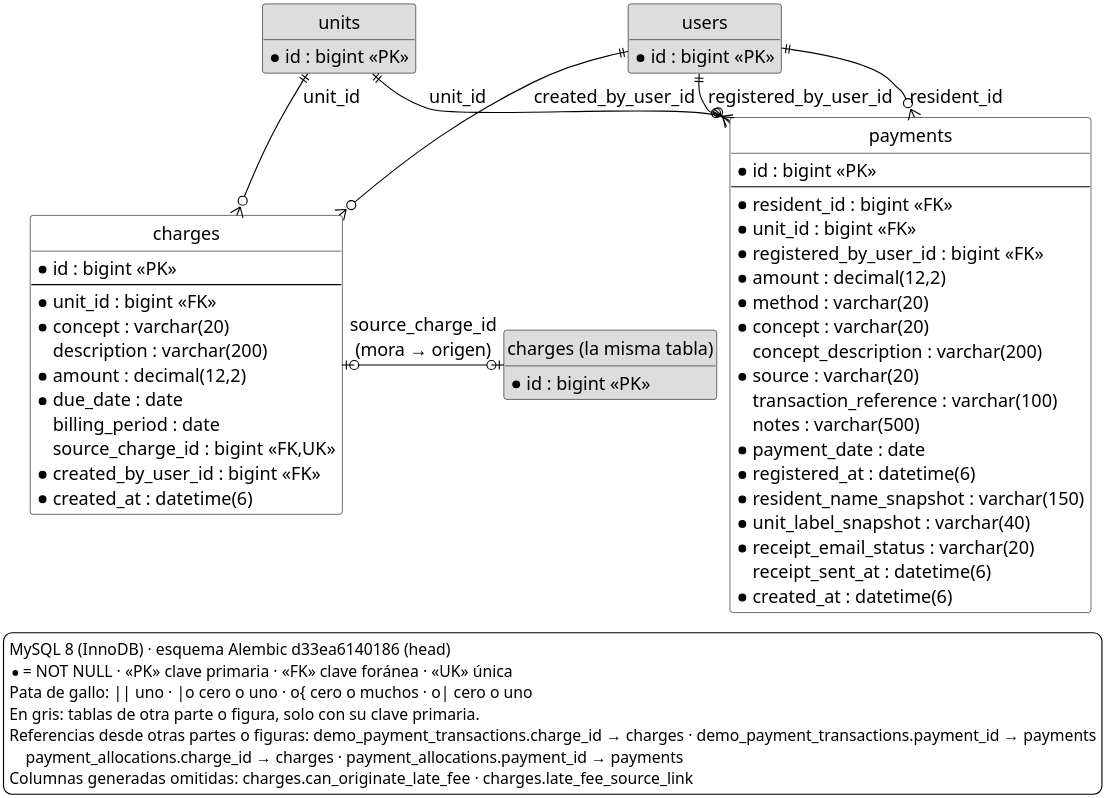
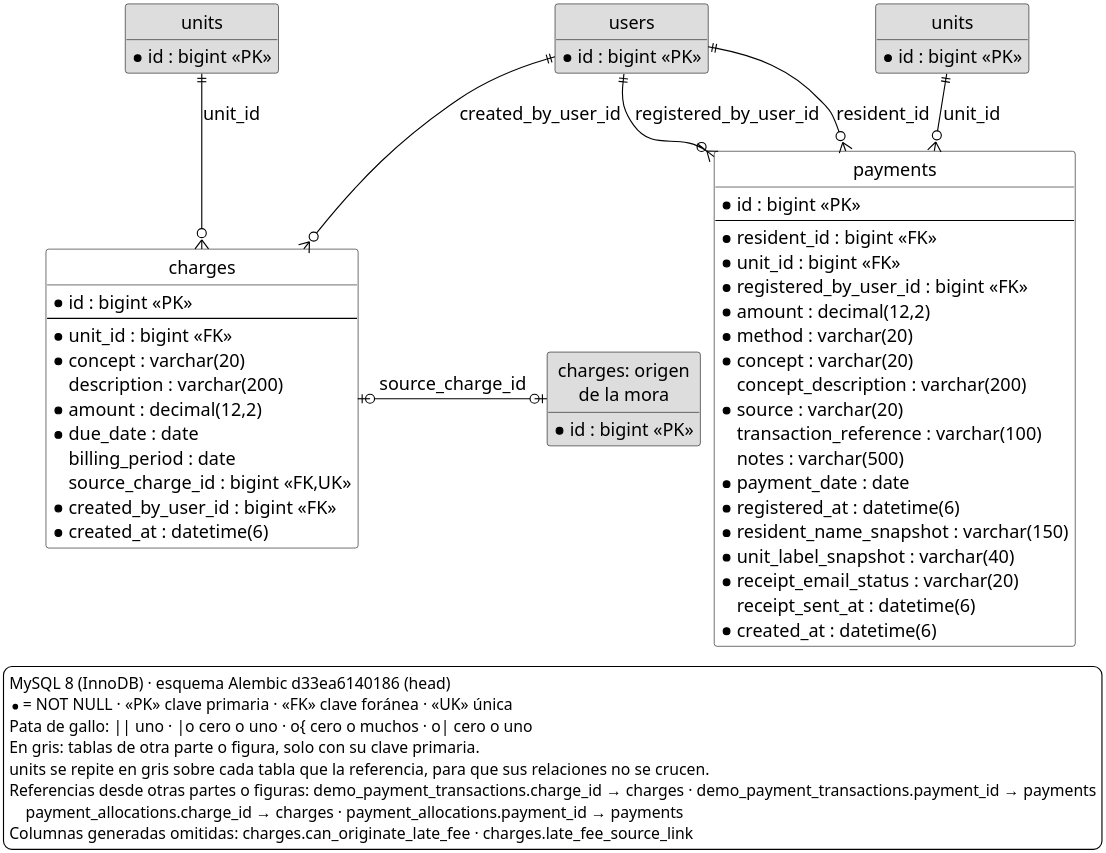
The diagram in docs/entrega-objetivos/modelo-datos/modelo-datos-finanzas-comunicacion-parte1.puml (yilberDev/SoftPh-Academico), drawn with PlantUML before and after one commit. The commit also changed 10 other files, not shown here.

First line of the commit message:
docs(diagrams): separate payments relations, unify late-fee box, add confirmation

```diff
--- a/docs/entrega-objetivos/modelo-datos/modelo-datos-finanzas-comunicacion-parte1.puml
+++ b/docs/entrega-objetivos/modelo-datos/modelo-datos-finanzas-comunicacion-parte1.puml
@@ -1,79 +1,83 @@
 @startuml
 ' modelo-datos-finanzas-comunicacion-parte1: generado por scripts/generar_areas.py a partir de modelo-datos-completo.puml
 ' (columnas, tipos, nulos, claves y relaciones leídos de information_schema; no se editan a mano).
 skinparam dpi 300
 skinparam monochrome true
 skinparam backgroundColor white
 skinparam shadowing false
 skinparam defaultFontName Helvetica
 skinparam defaultFontSize 16
 skinparam class {
   BackgroundColor White
   BorderColor Black
   ArrowColor Black
 }
 hide circle
 hide methods
 top to bottom direction
 skinparam nodesep 12
-skinparam ranksep 15
+skinparam ranksep 45
 ' Título (no se dibuja; lo pone el pie de figura del informe): Modelo lógico de datos: finanzas y comunicación (1 de 2): obligaciones y pagos
 entity "charges" as charges {
   *id : bigint <<PK>>
   --
   *unit_id : bigint <<FK>>
   *concept : varchar(20)
   description : varchar(200)
   *amount : decimal(12,2)
   *due_date : date
   billing_period : date
   source_charge_id : bigint <<FK,UK>>
   *created_by_user_id : bigint <<FK>>
   *created_at : datetime(6)
 }
 entity "payments" as payments {
   *id : bigint <<PK>>
   --
   *resident_id : bigint <<FK>>
   *unit_id : bigint <<FK>>
   *registered_by_user_id : bigint <<FK>>
   *amount : decimal(12,2)
   *method : varchar(20)
   *concept : varchar(20)
   concept_description : varchar(200)
   *source : varchar(20)
   transaction_reference : varchar(100)
   notes : varchar(500)
   *payment_date : date
   *registered_at : datetime(6)
   *resident_name_snapshot : varchar(150)
   *unit_label_snapshot : varchar(40)
   *receipt_email_status : varchar(20)
   receipt_sent_at : datetime(6)
   *created_at : datetime(6)
 }
-entity "units" as units #DDDDDD {
+entity "units" as units_charges #DDDDDD {
+  *id : bigint <<PK>>
+}
+entity "units" as units_payments #DDDDDD {
   *id : bigint <<PK>>
 }
 entity "users" as users #DDDDDD {
   *id : bigint <<PK>>
 }
 users ||--o{ charges : "created_by_user_id"
-entity "charges (la misma tabla)" as charges_origen #DDDDDD {
+entity "charges: origen\nde la mora" as charges_origen #DDDDDD {
   *id : bigint <<PK>>
 }
-charges |o-o| charges_origen : "source_charge_id\n(mora → origen)"
-units ||--o{ charges : "unit_id"
+charges |o-o| charges_origen : "   source_charge_id   "
+units_charges ||--o{ charges : "unit_id"
 users ||--o{ payments : "registered_by_user_id"
 users ||--o{ payments : "resident_id"
-units ||--o{ payments : "unit_id"
+units_payments ||--o{ payments : "unit_id"
 legend bottom left
   MySQL 8 (InnoDB) · esquema Alembic d33ea6140186 (head)
   * = NOT NULL · <<PK>> clave primaria · <<FK>> clave foránea · <<UK>> única
   Pata de gallo: || uno · |o cero o uno · o{ cero o muchos · o| cero o uno
   En gris: tablas de otra parte o figura, solo con su clave primaria.
+  units se repite en gris sobre cada tabla que la referencia, para que sus relaciones no se crucen.
   Referencias desde otras partes o figuras: demo_payment_transactions.charge_id → charges · demo_payment_transactions.payment_id → payments
       payment_allocations.charge_id → charges · payment_allocations.payment_id → payments
   Columnas generadas omitidas: charges.can_originate_late_fee · charges.late_fee_source_link
 endlegend
 @enduml
```
